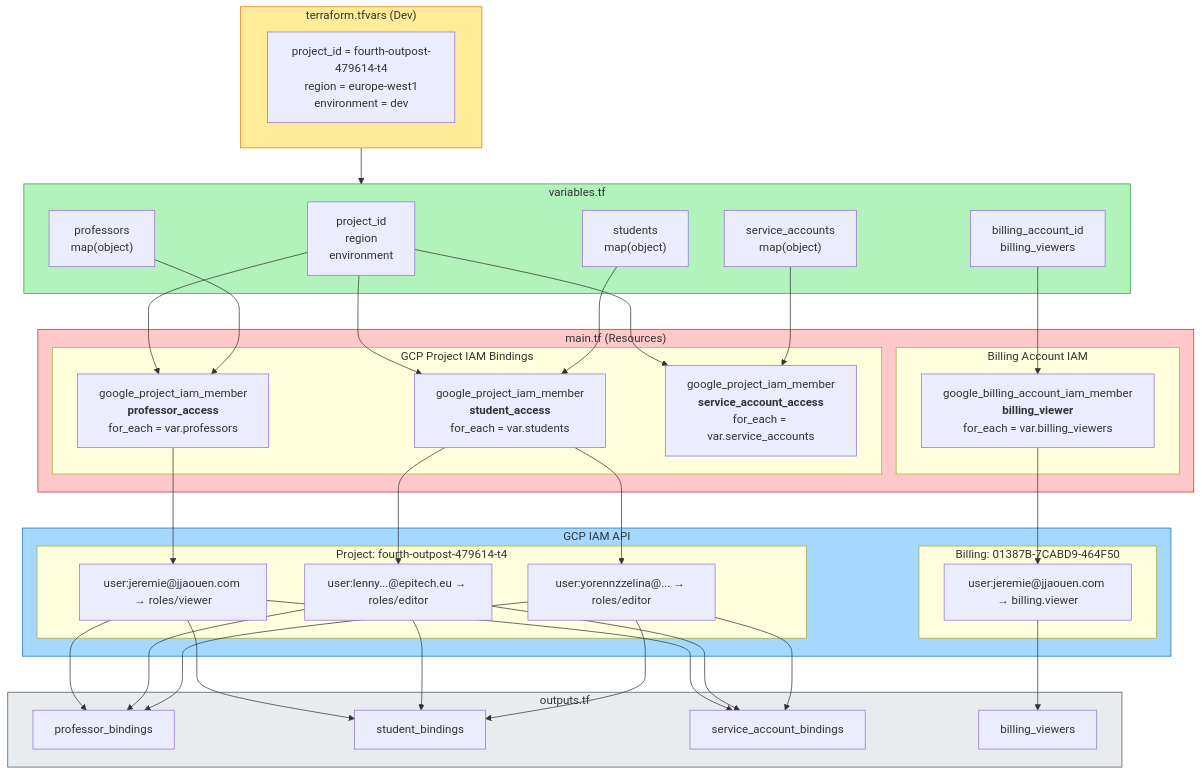
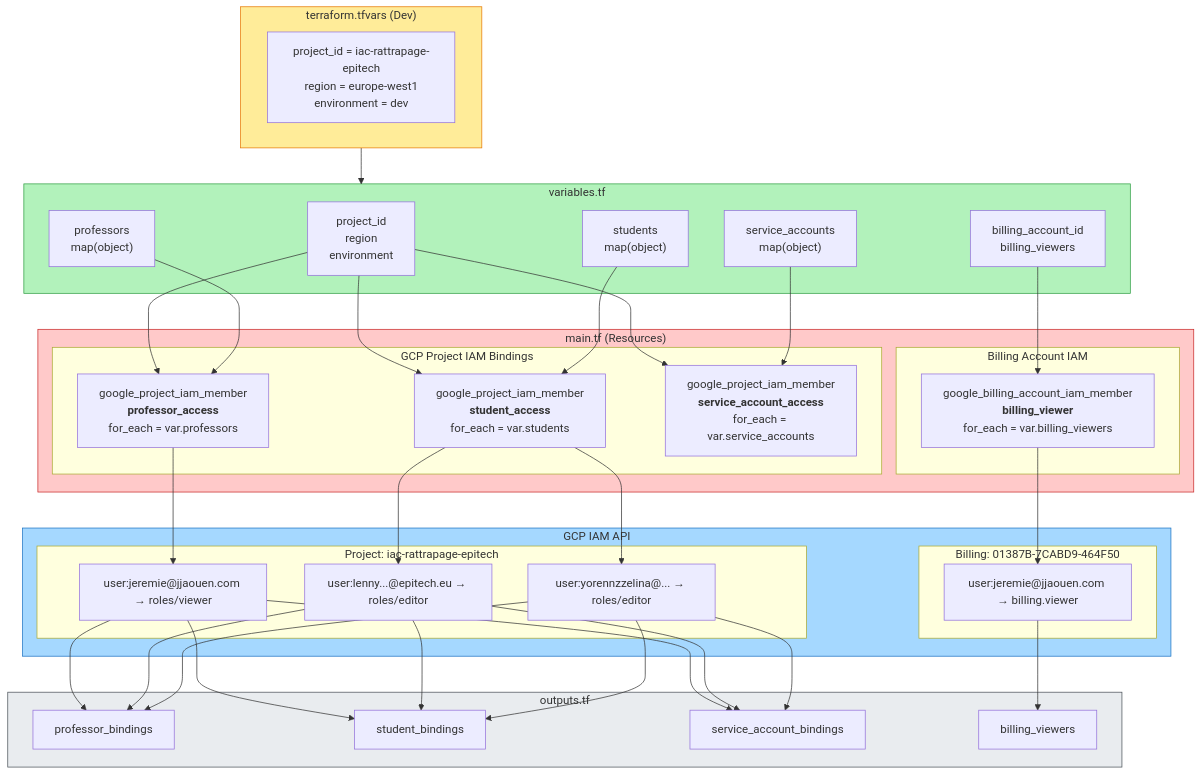
Before and after one commit to RayaneMemiche/infra-as-code: the first of 8 diagrams in C4/docs/PERMISSIONS-DIAGRAM.md, drawn with Mermaid. The commit also changed other lines of this file and 35 other files, not shown here.

First line of the commit message:
feat: migrate to new GCP project iac-rattrapage-epitech

````diff
--- a/C4/docs/PERMISSIONS-DIAGRAM.md
+++ b/C4/docs/PERMISSIONS-DIAGRAM.md
@@ -11,63 +11,63 @@
 ```mermaid
 flowchart TB
     subgraph CONFIG["terraform.tfvars (Dev)"]
-        TFVARS["project_id = fourth-outpost-479614-t4<br/>region = europe-west1<br/>environment = dev"]
+        TFVARS["project_id = iac-rattrapage-epitech<br/>region = europe-west1<br/>environment = dev"]
     end
 
     subgraph VARS["variables.tf"]
         V1["project_id<br/>region<br/>environment"]
         V2["professors<br/>map(object)"]
         V3["students<br/>map(object)"]
         V4["service_accounts<br/>map(object)"]
         V5["billing_account_id<br/>billing_viewers"]
     end
 
     subgraph MAIN["main.tf (Resources)"]
         subgraph PROJECT_IAM["GCP Project IAM Bindings"]
             R1["google_project_iam_member<br/><b>professor_access</b><br/>for_each = var.professors"]
             R2["google_project_iam_member<br/><b>student_access</b><br/>for_each = var.students"]
             R3["google_project_iam_member<br/><b>service_account_access</b><br/>for_each = var.service_accounts"]
         end
         subgraph BILLING_IAM["Billing Account IAM"]
             R4["google_billing_account_iam_member<br/><b>billing_viewer</b><br/>for_each = var.billing_viewers"]
         end
     end
 
     subgraph GCP["GCP IAM API"]
-        subgraph PROJ["Project: fourth-outpost-479614-t4"]
+        subgraph PROJ["Project: iac-rattrapage-epitech"]
             P1["user:jeremie@jjaouen.com → roles/viewer"]
             P2["user:lenny...@epitech.eu → roles/editor"]
             P3["user:yorennzzelina@... → roles/editor"]
         end
         subgraph BILL["Billing: 01387B-7CABD9-464F50"]
             B1["user:jeremie@jjaouen.com → billing.viewer"]
         end
     end
 
     subgraph OUTPUTS["outputs.tf"]
         O1["professor_bindings"]
         O2["student_bindings"]
         O3["service_account_bindings"]
         O4["billing_viewers"]
     end
 
     CONFIG --> VARS
     V1 --> R1 & R2 & R3
     V2 --> R1
     V3 --> R2
     V4 --> R3
     V5 --> R4
 
     R1 --> P1
     R2 --> P2 & P3
     R4 --> B1
 
     P1 & P2 & P3 --> O1 & O2 & O3
     B1 --> O4
 
     style CONFIG fill:#ffec99,stroke:#e67700
     style VARS fill:#b2f2bb,stroke:#2f9e44
     style MAIN fill:#ffc9c9,stroke:#c92a2a
     style GCP fill:#a5d8ff,stroke:#1971c2
     style OUTPUTS fill:#e9ecef,stroke:#495057
 ```
````
